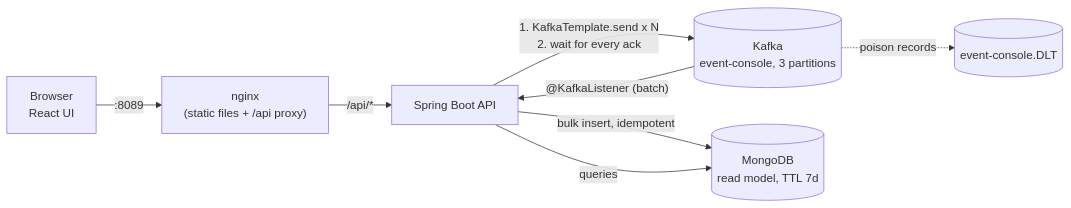
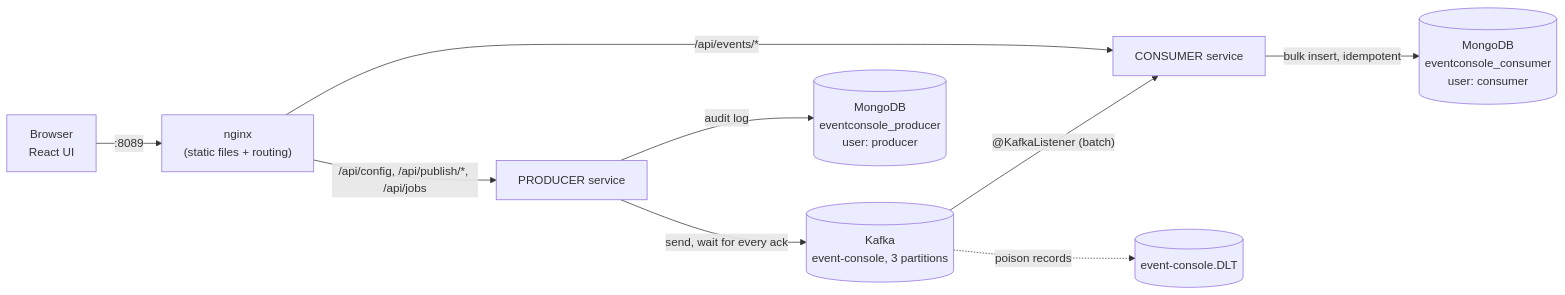
One commit to Skpandey15/kafka-principal-engineer-lab changed the diagram in labs/lab-02b-spring-boot-event-console/README.md. Above: the diagram before and after it, drawn with Mermaid. The commit also changed other lines of this file and 93 other files, not shown here.

First line of the commit message:
feat(lab-02b): split into independent producer and consumer services

````diff
--- a/labs/lab-02b-spring-boot-event-console/README.md
+++ b/labs/lab-02b-spring-boot-event-console/README.md
@@ -25,10 +25,11 @@
 ```mermaid
 flowchart LR
-    Browser["Browser<br/>React UI"] -->|":8089"| Nginx["nginx<br/>(static files + /api proxy)"]
-    Nginx -->|"/api/*"| API["Spring Boot API"]
-    API -->|"1. KafkaTemplate.send x N<br/>2. wait for every ack"| Kafka[("Kafka<br/>event-console, 3 partitions")]
-    Kafka -->|"@KafkaListener (batch)"| API
-    API -->|"bulk insert, idempotent"| Mongo[("MongoDB<br/>read model, TTL 7d")]
+    Browser["Browser<br/>React UI"] -->|":8089"| Nginx["nginx<br/>(static files + routing)"]
+    Nginx -->|"/api/config, /api/publish/*, /api/jobs"| P["PRODUCER service"]
+    Nginx -->|"/api/events/*"| C["CONSUMER service"]
+    P -->|"send, wait for every ack"| Kafka[("Kafka<br/>event-console, 3 partitions")]
+    Kafka -->|"@KafkaListener (batch)"| C
     Kafka -.->|"poison records"| DLT[("event-console.DLT")]
-    API -->|"queries"| Mongo
+    C -->|"bulk insert, idempotent"| ReadModel[("MongoDB<br/>eventconsole_consumer<br/>user: consumer")]
+    P -->|"audit log"| Audit[("MongoDB<br/>eventconsole_producer<br/>user: producer")]
 ```
````
